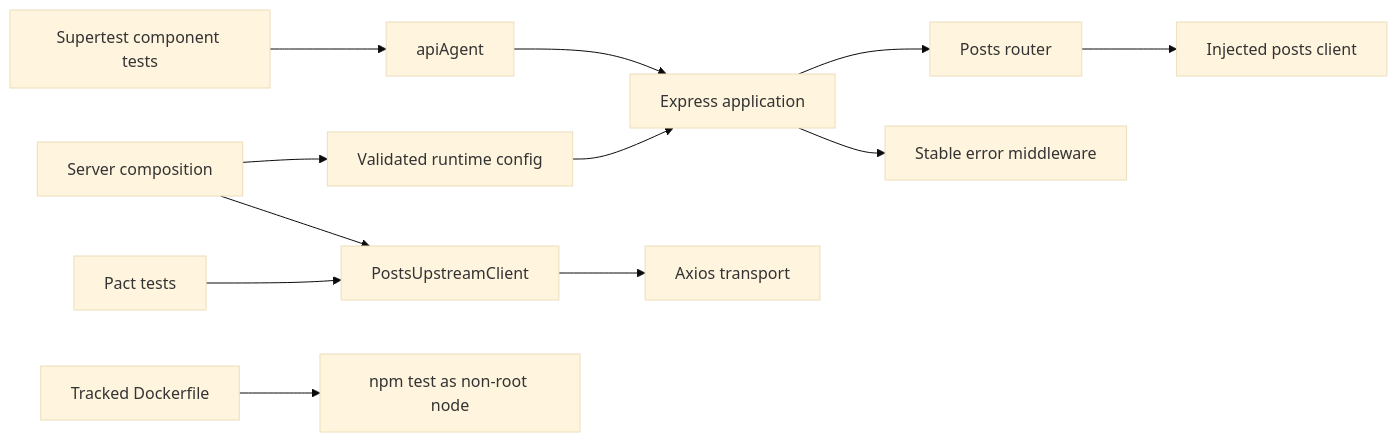
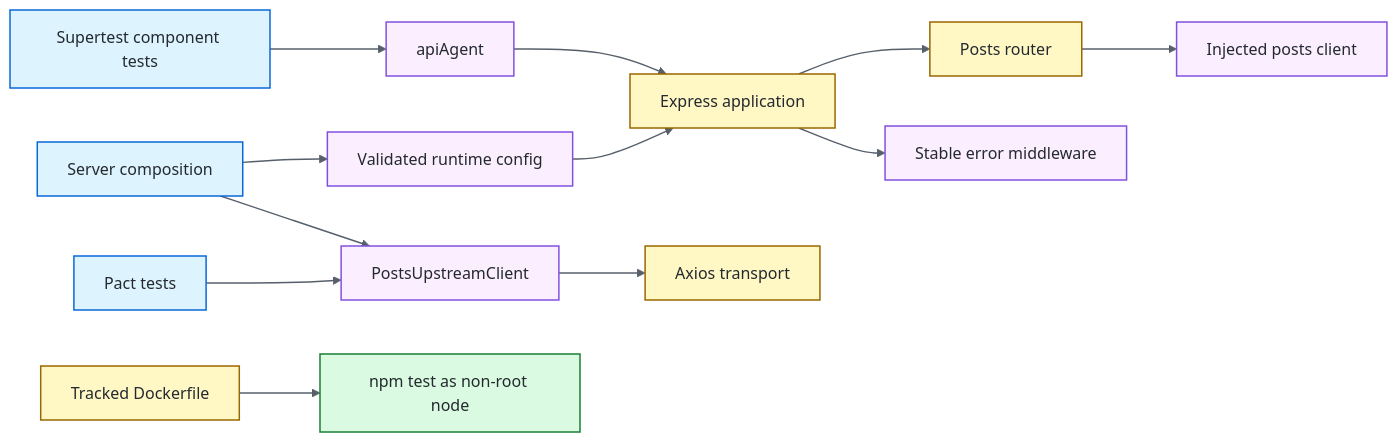
One commit to portyu9/qa-automation-node-supertest changed the diagram in docs/ARCHITECTURE.md. Above: the diagram before and after it, drawn with Mermaid (base theme).

Commit message:
docs: color-code Supertest architecture diagram

````diff
--- a/docs/ARCHITECTURE.md
+++ b/docs/ARCHITECTURE.md
@@ -7,14 +7,24 @@
 ```mermaid
 flowchart LR
     T[Supertest component tests] --> AG[apiAgent]
     AG --> APP[Express application]
     APP --> R[Posts router]
     R --> C[Injected posts client]
     PROD[Server composition] --> CFG[Validated runtime config]
     CFG --> APP
     PROD --> HC[PostsUpstreamClient]
     HC --> AX[Axios transport]
     P[Pact tests] --> HC
     APP --> ERR[Stable error middleware]
     DOCKER[Tracked Dockerfile] --> TESTS[npm test as non-root node]
+
+    classDef entry fill:#DDF4FF,stroke:#0969DA,color:#24292F,stroke-width:1.5px;
+    classDef policy fill:#FBEFFF,stroke:#8250DF,color:#24292F,stroke-width:1.5px;
+    classDef runtime fill:#FFF8C5,stroke:#9A6700,color:#24292F,stroke-width:1.5px;
+    classDef evidence fill:#DAFBE1,stroke:#1A7F37,color:#24292F,stroke-width:1.5px;
+    class T,P,PROD entry;
+    class AG,CFG,C,HC,ERR policy;
+    class APP,R,AX,DOCKER runtime;
+    class TESTS evidence;
+    linkStyle default stroke:#57606A,stroke-width:1.4px;
 ```
````
